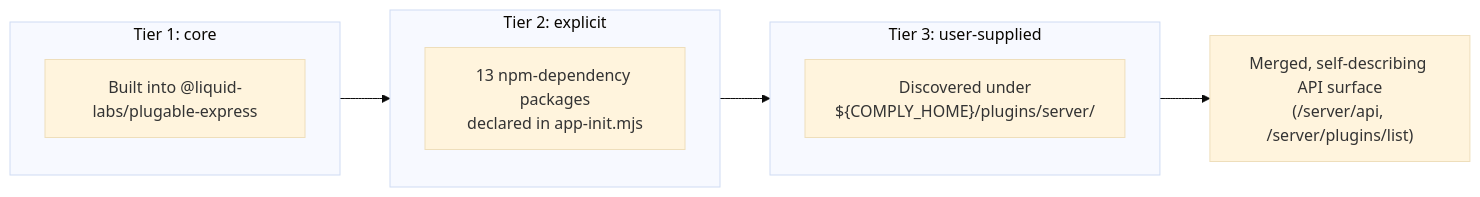
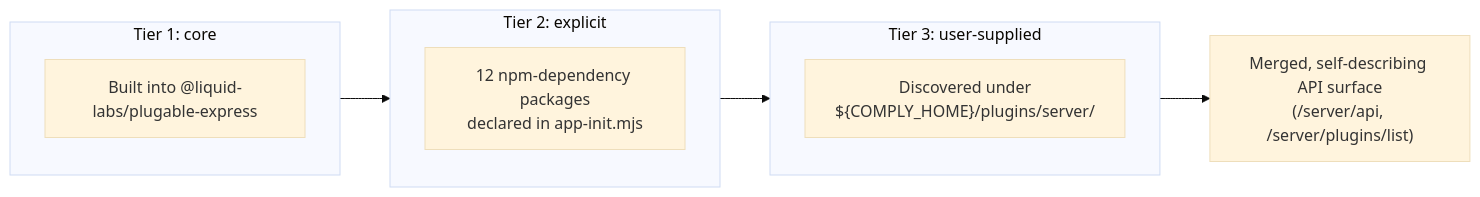
Before and after one commit to sdlcforge/core-server: the diagram in docs/architecture/plugin-loading-tiers.md, drawn with Mermaid (base theme). The commit also changed other lines of this file and 5 other files, not shown here.

````diff
--- a/docs/architecture/plugin-loading-tiers.md
+++ b/docs/architecture/plugin-loading-tiers.md
@@ -22,16 +22,16 @@
 ```mermaid
 flowchart LR
     subgraph T1["Tier 1: core"]
         direction TB
         A["Built into @liquid-labs/plugable-express"]
     end
     subgraph T2["Tier 2: explicit"]
         direction TB
-        B["13 npm-dependency packages<br/>declared in app-init.mjs"]
+        B["12 npm-dependency packages<br/>declared in app-init.mjs"]
     end
     subgraph T3["Tier 3: user-supplied"]
         direction TB
         C["Discovered under<br/>${COMPLY_HOME}/plugins/server/"]
     end
     T1 --> T2 --> T3 --> API["Merged, self-describing API surface<br/>(/server/api, /server/plugins/list)"]
 ```
````
